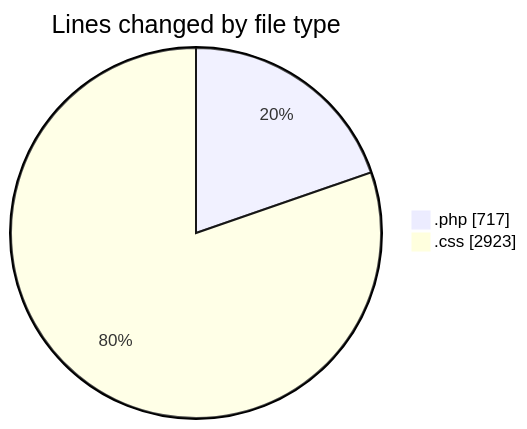
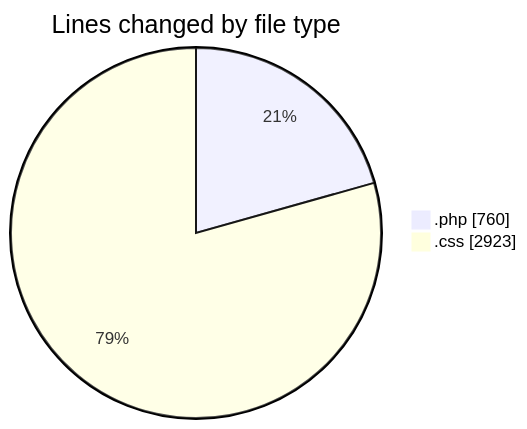
The first of 2 diagrams in 2026-08-06/untitled__workspace_/README.md (debugP/code-tracking), drawn with Mermaid before and after one commit. The commit also changed other lines of this file and 1 other file, not shown here.

````diff
--- a/2026-08-06/untitled__workspace_/README.md
+++ b/2026-08-06/untitled__workspace_/README.md
@@ -21,6 +21,6 @@
 ```mermaid
 pie showData
 title Lines changed by file type
-".php" : 717
+".php" : 760
 ".css" : 2923
 ```
````
